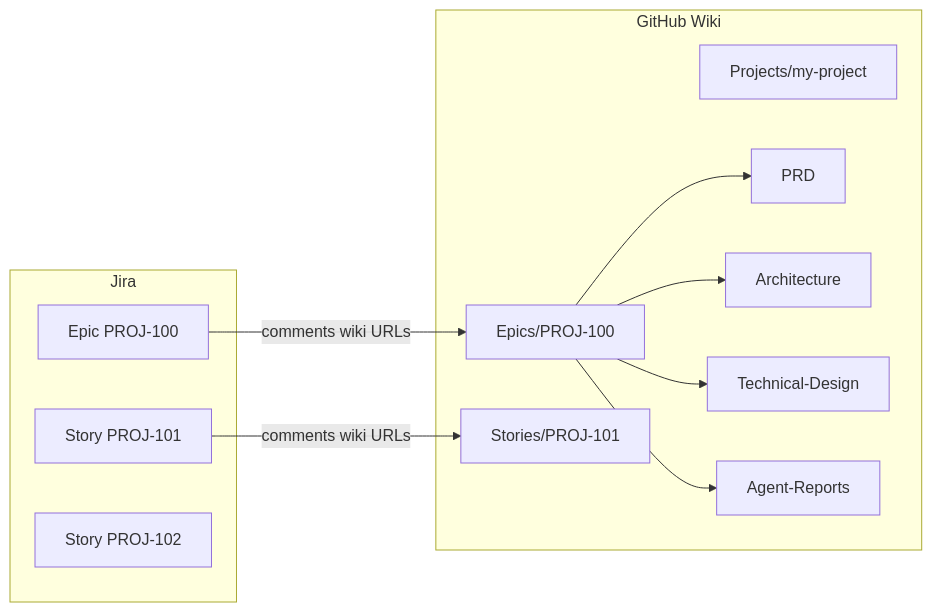
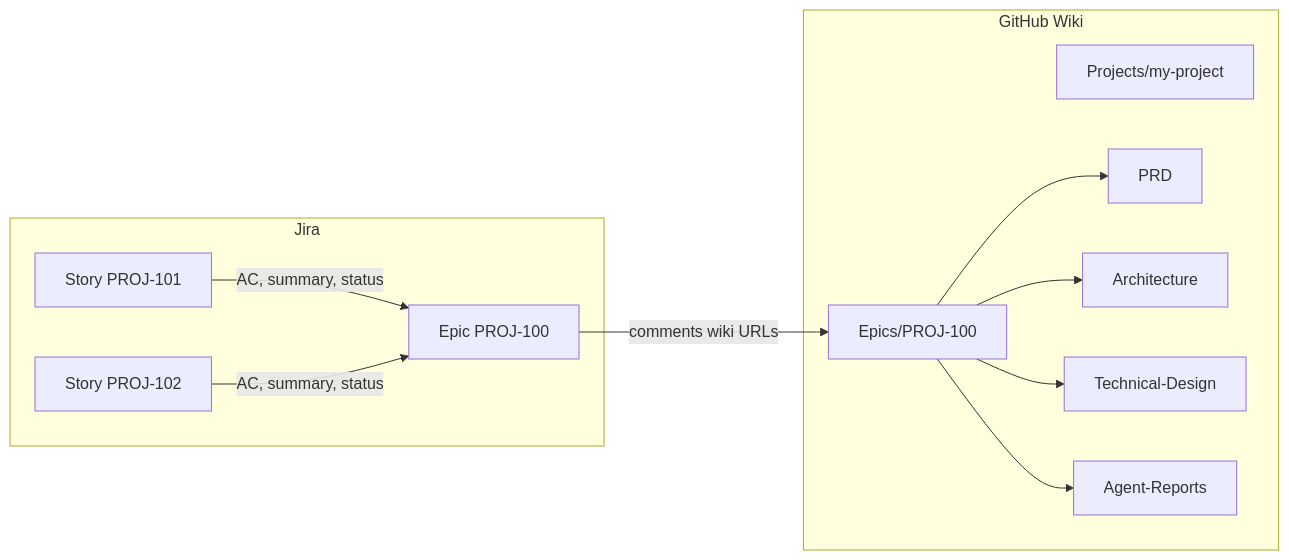
The diagram in .cursor/skills/wiki-integration.md (cpattanaik/agents), drawn with Mermaid before and after one commit. The commit also changed other lines of this file and 23 other files, not shown here.

First line of the commit message:
Vendor github-wiki MCP and keep story details in Jira only.

````diff
--- a/.cursor/skills/wiki-integration.md
+++ b/.cursor/skills/wiki-integration.md
@@ -7,23 +7,23 @@
 ```mermaid
 flowchart LR
     subgraph jira [Jira]
         Epic[Epic PROJ-100]
         Story1[Story PROJ-101]
         Story2[Story PROJ-102]
     end
     subgraph wiki [GitHub Wiki]
         Project[Projects/my-project]
         EpicPages[Epics/PROJ-100]
         PRD[PRD]
         Arch[Architecture]
         Design[Technical-Design]
         Reports[Agent-Reports]
-        StoryPages[Stories/PROJ-101]
     end
     Epic -->|comments wiki URLs| EpicPages
-    Story1 -->|comments wiki URLs| StoryPages
+    Story1 -->|AC, summary, status| Epic
+    Story2 -->|AC, summary, status| Epic
     EpicPages --> PRD
     EpicPages --> Arch
     EpicPages --> Design
     EpicPages --> Reports
 ```
````
